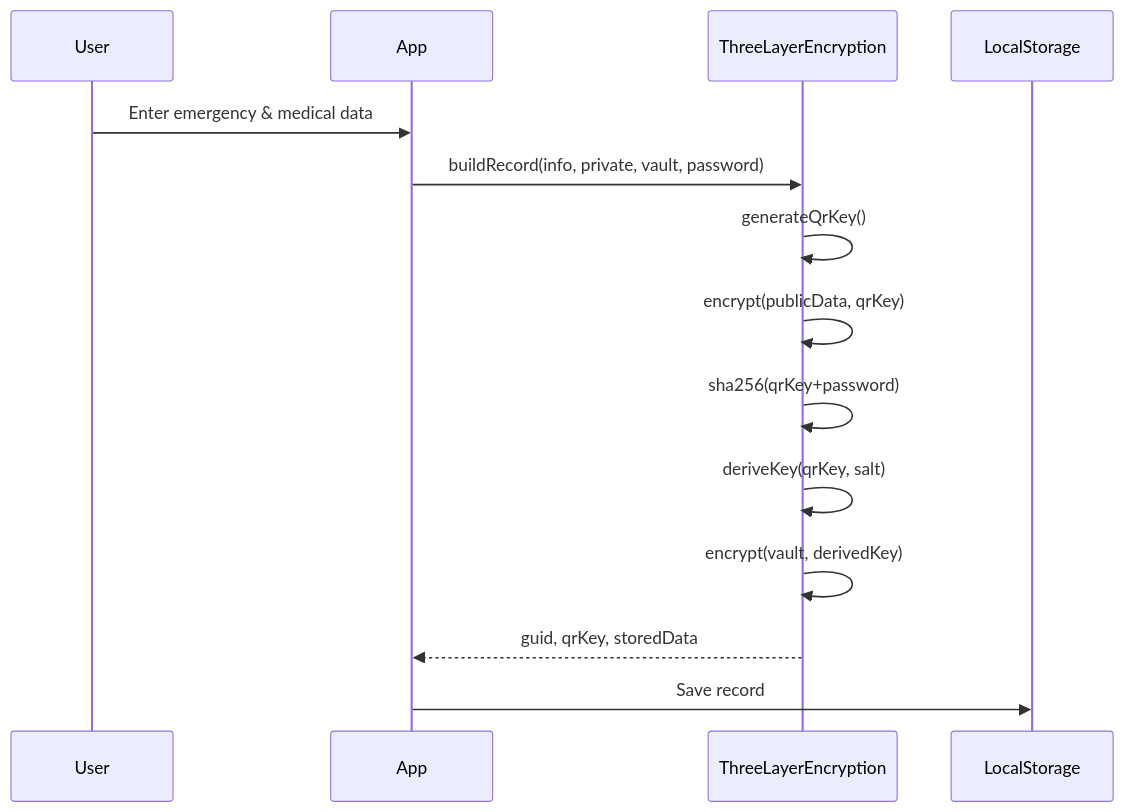
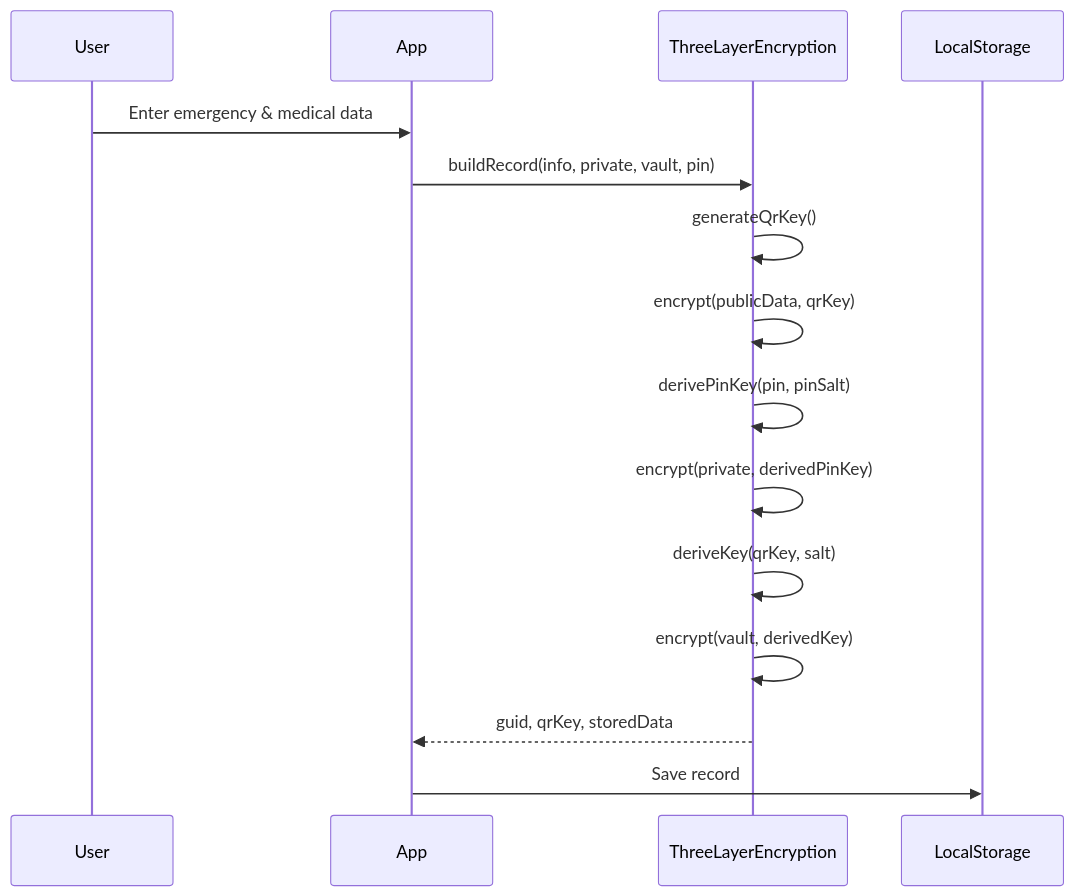
The second of 3 diagrams in SYSTEM_DESIGN.md (clovenbradshaw-ctrl/ikey3), drawn with Mermaid before and after one commit. The commit also changed 3 other files, not shown here.

Commit message:
Align encryption flows and fix client URL base

````diff
--- a/SYSTEM_DESIGN.md
+++ b/SYSTEM_DESIGN.md
@@ -68,15 +68,16 @@
 ```mermaid
 sequenceDiagram
     participant U as User
     participant A as App
     participant E as ThreeLayerEncryption
     U->>A: Enter emergency & medical data
-    A->>E: buildRecord(info, private, vault, password)
+    A->>E: buildRecord(info, private, vault, pin)
     E->>E: generateQrKey()
     E->>E: encrypt(publicData, qrKey)
-    E->>E: sha256(qrKey+password)
+    E->>E: derivePinKey(pin, pinSalt)
+    E->>E: encrypt(private, derivedPinKey)
     E->>E: deriveKey(qrKey, salt)
     E->>E: encrypt(vault, derivedKey)
     E-->>A: guid, qrKey, storedData
     A->>LocalStorage: Save record
 ```
````
